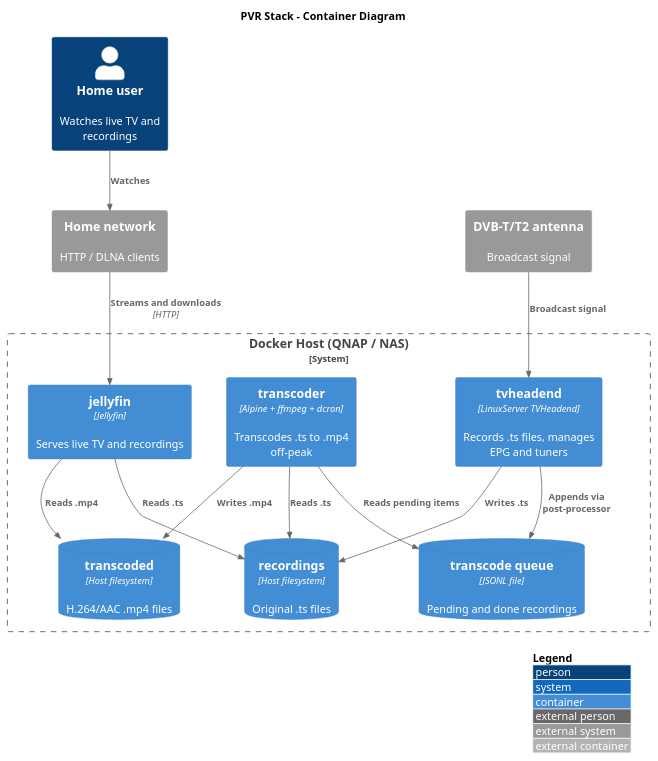
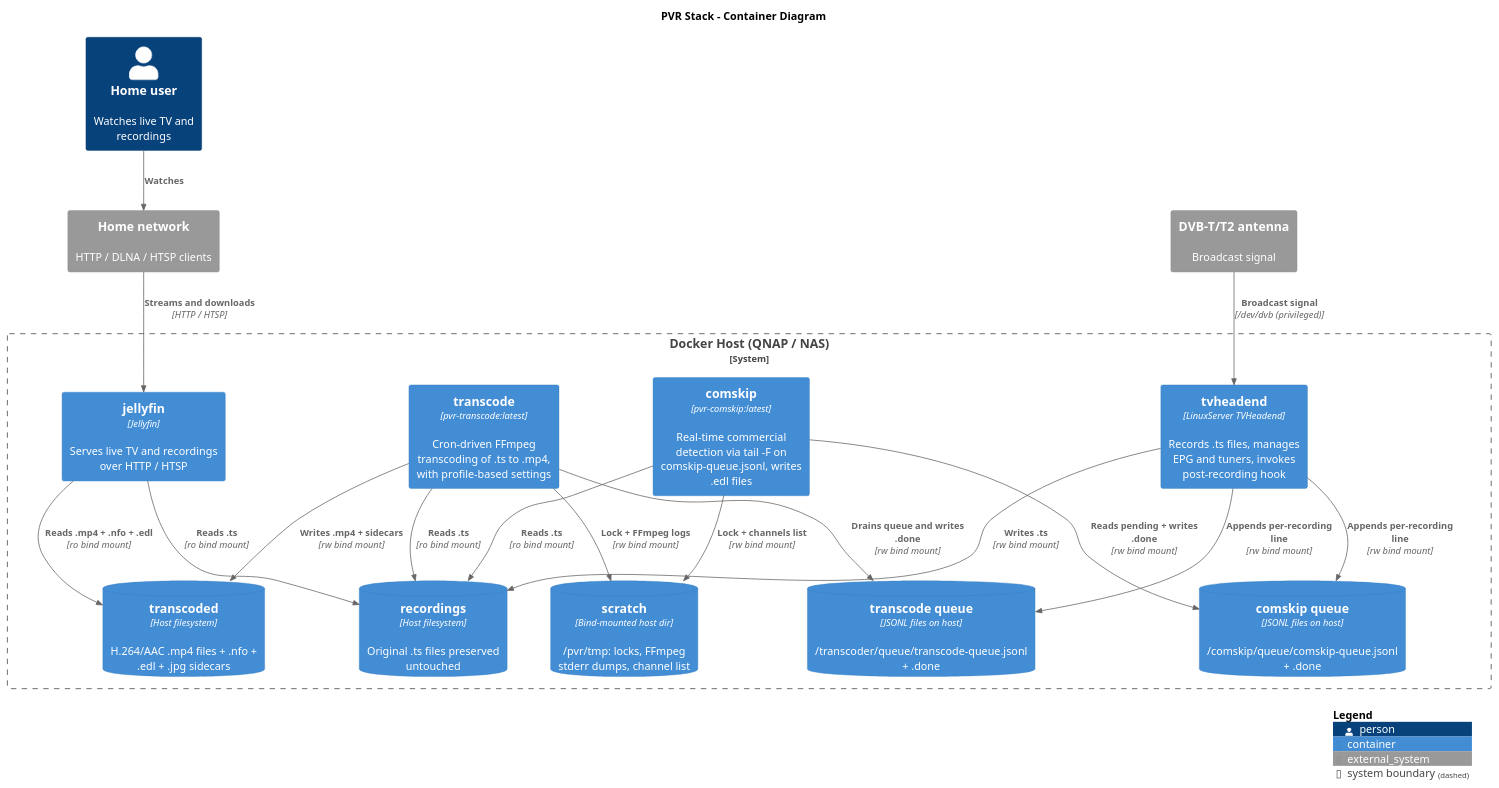
Before and after one commit to petekaik/qnap-pvr: the diagram in docs/diagrams/c4-container.puml, drawn with PlantUML. The commit also changed 7 other files, not shown here.

First line of the commit message:
docs: rewrite documentation to match deployed two-container post-processing stack

```diff
--- a/docs/diagrams/c4-container.puml
+++ b/docs/diagrams/c4-container.puml
@@ -1,33 +1,48 @@
 @startuml C4_Container_PVR
 !include https://raw.githubusercontent.com/plantuml-stdlib/C4-PlantUML/master/C4_Container.puml
 
 LAYOUT_WITH_LEGEND()
 
 title PVR Stack - Container Diagram
 
 Person(user, "Home user", "Watches live TV and recordings")
 
 System_Boundary(host, "Docker Host (QNAP / NAS)") {
-    Container(tvh, "tvheadend", "LinuxServer TVHeadend", "Records .ts files, manages EPG and tuners")
-    Container(jf, "jellyfin", "Jellyfin", "Serves live TV and recordings")
-    Container(trans, "transcoder", "Alpine + ffmpeg + dcron", "Transcodes .ts to .mp4 off-peak")
-    ContainerDb(queue, "transcode queue", "JSONL file", "Pending and done recordings")
-    ContainerDb(rec, "recordings", "Host filesystem", "Original .ts files")
-    ContainerDb(mp4, "transcoded", "Host filesystem", "H.264/AAC .mp4 files")
+
+    Container(tvh, "tvheadend", "LinuxServer TVHeadend", "Records .ts files, manages EPG and tuners, invokes post-recording hook")
+
+    Container(jf, "jellyfin", "Jellyfin", "Serves live TV and recordings over HTTP / HTSP")
+
+    Container(cs, "comskip", "pvr-comskip:latest", "Real-time commercial detection via tail -F on comskip-queue.jsonl, writes .edl files")
+
+    Container(tr, "transcode", "pvr-transcode:latest", "Cron-driven FFmpeg transcoding of .ts to .mp4, with profile-based settings")
+
+    ContainerDb(comskipQ, "comskip queue", "JSONL files on host", "/comskip/queue/comskip-queue.jsonl + .done")
+    ContainerDb(transcodeQ, "transcode queue", "JSONL files on host", "/transcoder/queue/transcode-queue.jsonl + .done")
+    ContainerDb(rec, "recordings", "Host filesystem", "Original .ts files preserved untouched")
+    ContainerDb(mp4, "transcoded", "Host filesystem", "H.264/AAC .mp4 files + .nfo + .edl + .jpg sidecars")
+    ContainerDb(scratch, "scratch", "Bind-mounted host dir", "/pvr/tmp: locks, FFmpeg stderr dumps, channel list")
 }
 
 System_Ext(antenna, "DVB-T/T2 antenna", "Broadcast signal")
-System_Ext(net, "Home network", "HTTP / DLNA clients")
+System_Ext(net, "Home network", "HTTP / DLNA / HTSP clients")
 
-Rel(antenna, tvh, "Broadcast signal")
+Rel(antenna, tvh, "Broadcast signal", "/dev/dvb (privileged)")
 Rel(user, net, "Watches")
-Rel(net, jf, "Streams and downloads", "HTTP")
-Rel(tvh, rec, "Writes .ts")
-Rel(tvh, queue, "Appends via post-processor")
-Rel(trans, queue, "Reads pending items")
-Rel(trans, rec, "Reads .ts")
-Rel(trans, mp4, "Writes .mp4")
-Rel(jf, rec, "Reads .ts")
-Rel(jf, mp4, "Reads .mp4")
+Rel(net, jf, "Streams and downloads", "HTTP / HTSP")
+Rel(tvh, rec, "Writes .ts", "rw bind mount")
+Rel(tvh, comskipQ, "Appends per-recording line", "rw bind mount")
+Rel(tvh, transcodeQ, "Appends per-recording line", "rw bind mount")
+Rel(cs, comskipQ, "Reads pending + writes .done", "rw bind mount")
+Rel(cs, rec, "Reads .ts", "ro bind mount")
+Rel(cs, scratch, "Lock + channels list", "rw bind mount")
+Rel(tr, transcodeQ, "Drains queue and writes .done", "rw bind mount")
+Rel(tr, rec, "Reads .ts", "ro bind mount")
+Rel(tr, mp4, "Writes .mp4 + sidecars", "rw bind mount")
+Rel(tr, scratch, "Lock + FFmpeg logs", "rw bind mount")
+Rel(jf, rec, "Reads .ts", "ro bind mount")
+Rel(jf, mp4, "Reads .mp4 + .nfo + .edl", "ro bind mount")
+
+SHOW_LEGEND()
 
 @enduml
```
